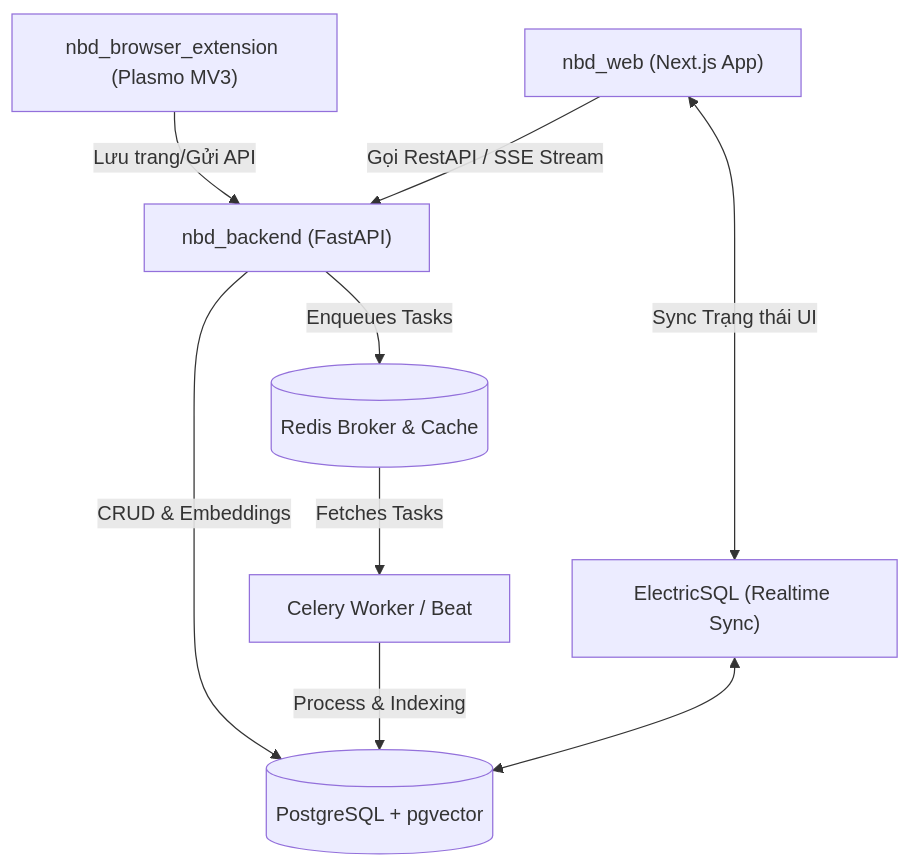
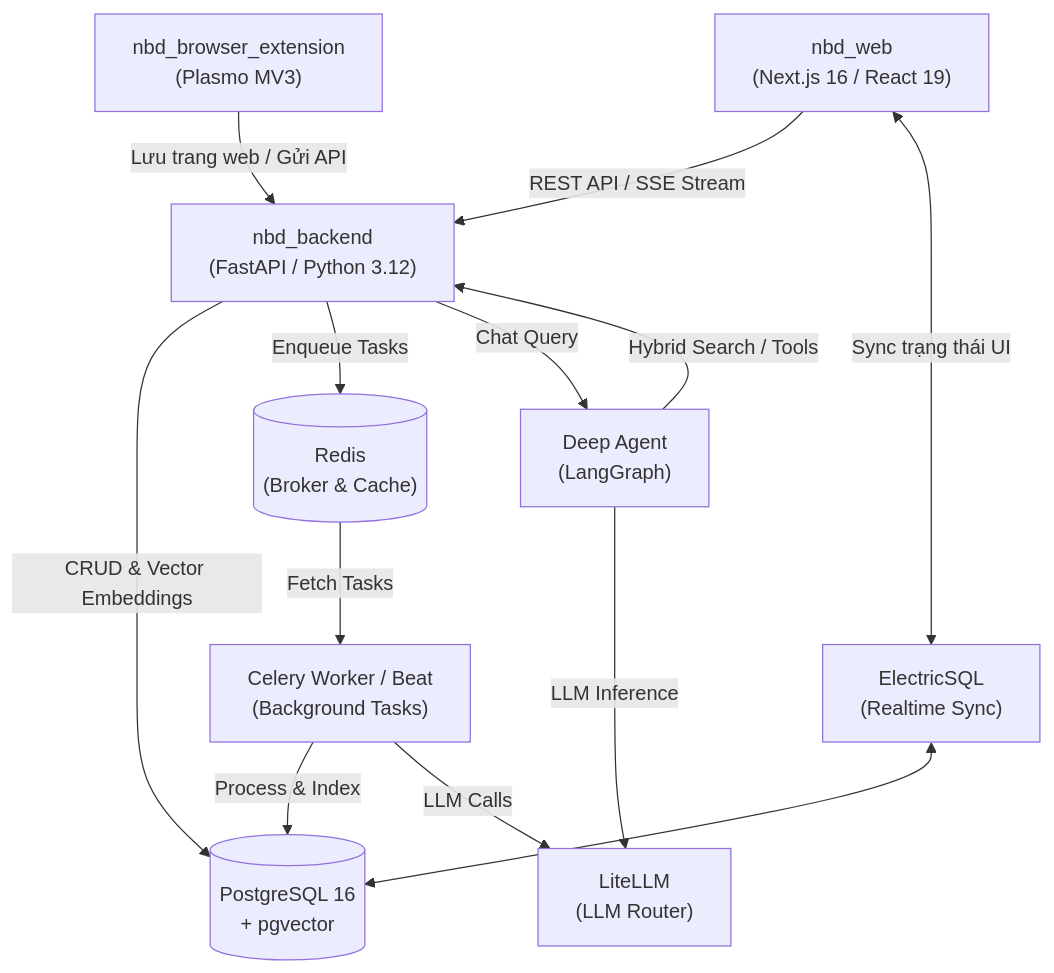
The diagram in README.md (Anhhuhi123/X-Ray-SYSTEM), drawn with Mermaid before and after one commit. The commit also changed other lines of this file, not shown here.

````diff
--- a/README.md
+++ b/README.md
@@ -11,27 +63,35 @@
 ```mermaid
 graph TD
     %% Client Layer
-    Web["nbd_web (Next.js App)"]
-    Ext["nbd_browser_extension (Plasmo MV3)"]
-    
+    Web["nbd_web\n(Next.js 16 / React 19)"]
+    Ext["nbd_browser_extension\n(Plasmo MV3)"]
+
     %% API Layer
-    Backend["nbd_backend (FastAPI)"]
-    
+    Backend["nbd_backend\n(FastAPI / Python 3.12)"]
+
     %% Async Processing
-    Broker[("Redis Broker & Cache")]
-    Worker["Celery Worker / Beat"]
-    
+    Broker[("Redis\n(Broker & Cache)")]
+    Worker["Celery Worker / Beat\n(Background Tasks)"]
+
+    %% AI Layer
+    LiteLLM["LiteLLM\n(LLM Router)"]
+    DeepAgent["Deep Agent\n(LangGraph)"]
+
     %% Storage Layer
-    Postgres[("PostgreSQL + pgvector")]
-    ElectricSQL["ElectricSQL (Realtime Sync)"]
+    Postgres[("PostgreSQL 16\n+ pgvector")]
+    ElectricSQL["ElectricSQL\n(Realtime Sync)"]
 
     %% Connections
-    Ext -->|Lưu trang/Gửi API| Backend
-    Web -->|Gọi RestAPI / SSE Stream| Backend
-    Backend -->|CRUD & Embeddings| Postgres
-    Backend -->|Enqueues Tasks| Broker
-    Broker -->|Fetches Tasks| Worker
-    Worker -->|Process & Indexing| Postgres
-    Web <-->|Sync Trạng thái UI| ElectricSQL
+    Ext -->|"Lưu trang web / Gửi API"| Backend
+    Web -->|"REST API / SSE Stream"| Backend
+    Backend -->|"CRUD & Vector Embeddings"| Postgres
+    Backend -->|"Enqueue Tasks"| Broker
+    Broker -->|"Fetch Tasks"| Worker
+    Worker -->|"Process & Index"| Postgres
+    Worker -->|"LLM Calls"| LiteLLM
+    Backend -->|"Chat Query"| DeepAgent
+    DeepAgent -->|"Hybrid Search / Tools"| Backend
+    DeepAgent -->|"LLM Inference"| LiteLLM
+    Web <-->|"Sync trạng thái UI"| ElectricSQL
     ElectricSQL <--> Postgres
 ```
````
